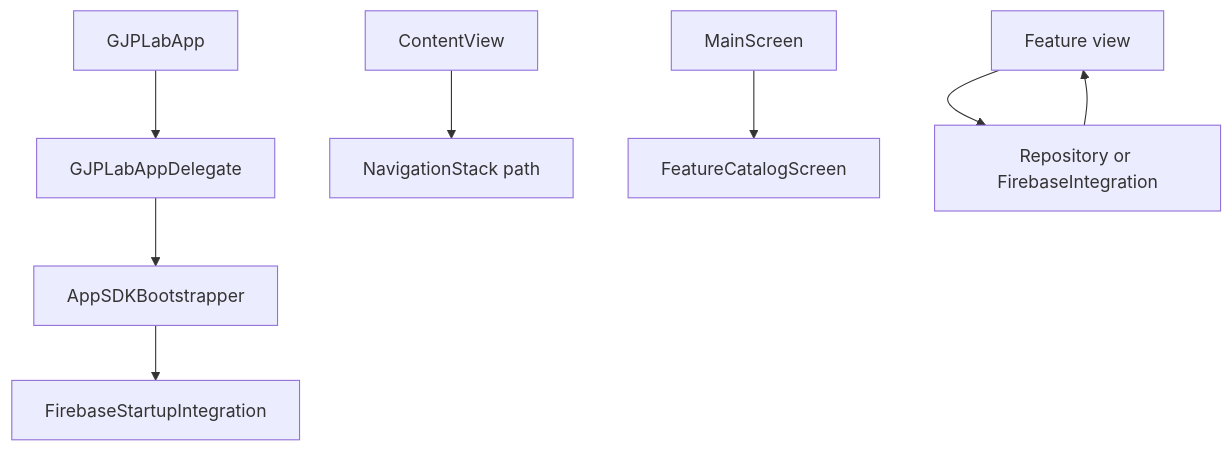
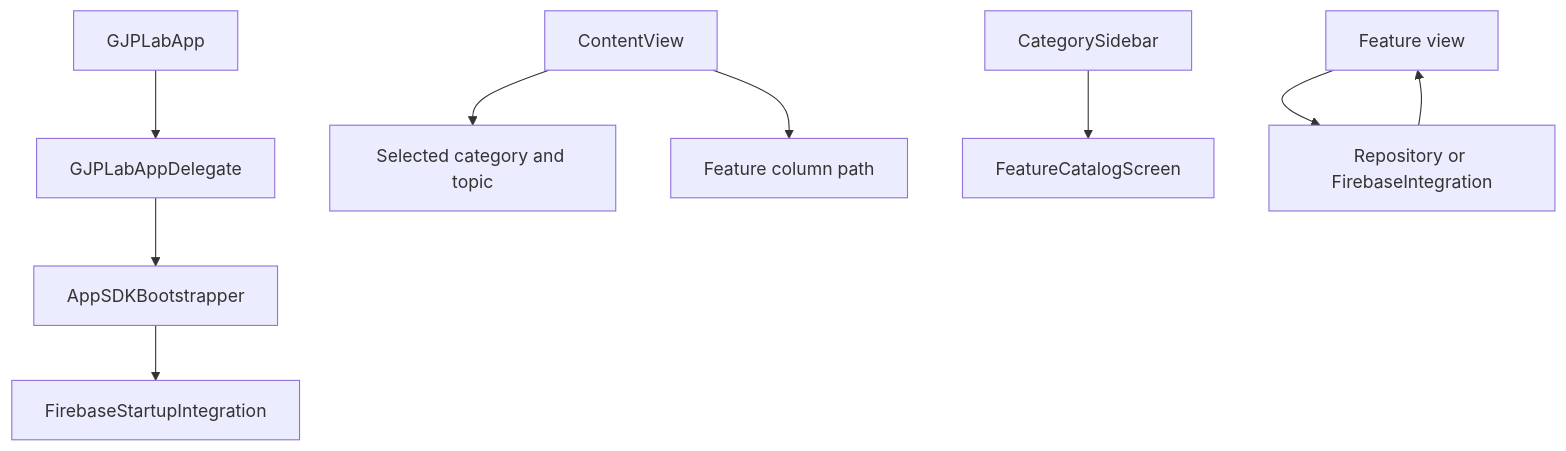
Before and after one commit to gjp-ai/gjp-lab-ios-swift: the second of 2 diagrams in doc/architecture/application.md, drawn with Mermaid. The commit also changed other lines of this file and 20 other files, not shown here.

First line of the commit message:
Replace dashboard grid with split-view navigation

````diff
--- a/doc/architecture/application.md
+++ b/doc/architecture/application.md
@@ -57,10 +57,11 @@
 ```mermaid
 flowchart TD
     App[GJPLabApp] --> Delegate[GJPLabAppDelegate]
     Delegate --> Bootstrapper[AppSDKBootstrapper]
     Bootstrapper --> FirebaseStartup[FirebaseStartupIntegration]
-    Content[ContentView] --> Path[NavigationStack path]
-    Main[MainScreen] --> Catalog[FeatureCatalogScreen]
+    Content[ContentView] --> Selection[Selected category and topic]
+    Content --> Path[Feature column path]
+    Sidebar[CategorySidebar] --> Catalog[FeatureCatalogScreen]
     Feature[Feature view] --> Repository[Repository or FirebaseIntegration]
     Repository --> Feature
 ```
````
